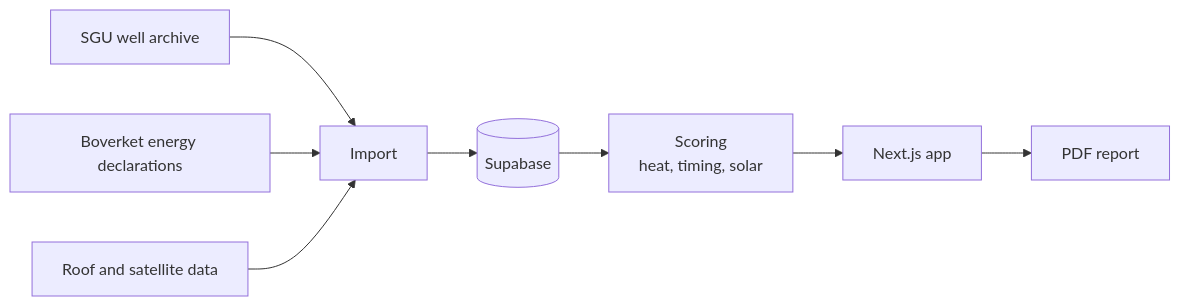
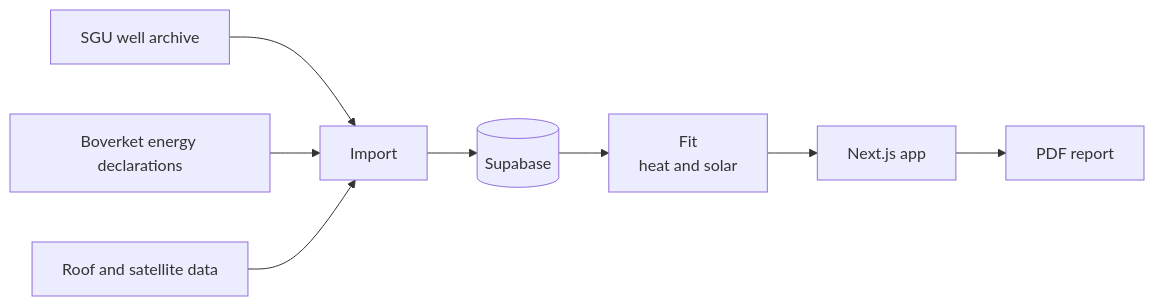
One commit to johanmatsgard/huskartan-case-study changed the diagram in README.md. Above: the diagram before and after it, drawn with Mermaid. The commit also changed other lines of this file and 2 other files, not shown here.

````diff
--- a/README.md
+++ b/README.md
@@ -17,10 +16,10 @@
 ```mermaid
 flowchart LR
   SGU[SGU well archive] --> ETL[Import]
   BOV[Boverket energy declarations] --> ETL
   ROOF[Roof and satellite data] --> ETL
   ETL --> DB[(Supabase)]
-  DB --> SCORE[Scoring<br/>heat, timing, solar]
+  DB --> SCORE[Fit<br/>heat and solar]
   SCORE --> APP[Next.js app]
   APP --> PDF[PDF report]
 ```
````
